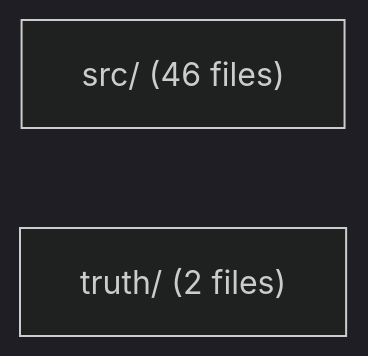
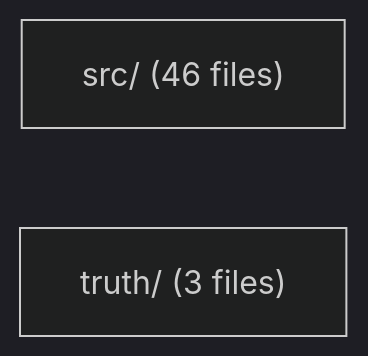
One commit to sns45/greplost changed the first of 6 diagrams in .greplost/packages/greplost__bench/MAP.md. Above: the diagram before and after it, drawn with Mermaid (dark theme). The commit also changed other lines of this file and 49 other files, not shown here.

````diff
--- a/.greplost/packages/greplost__bench/MAP.md
+++ b/.greplost/packages/greplost__bench/MAP.md
@@ -123,5 +126,5 @@
 ```mermaid
 graph LR
   bench_src["src/ #40;46 files#41;"]
-  bench_truth["truth/ #40;2 files#41;"]
+  bench_truth["truth/ #40;3 files#41;"]
 ```
````
